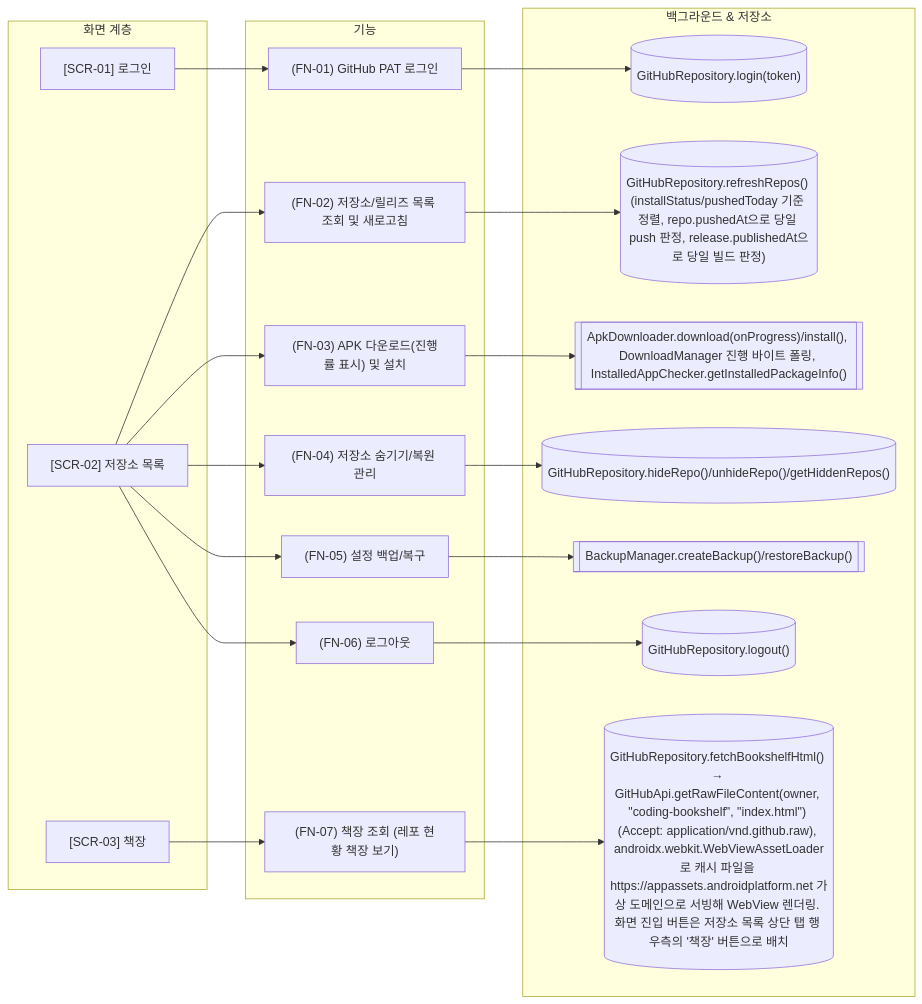
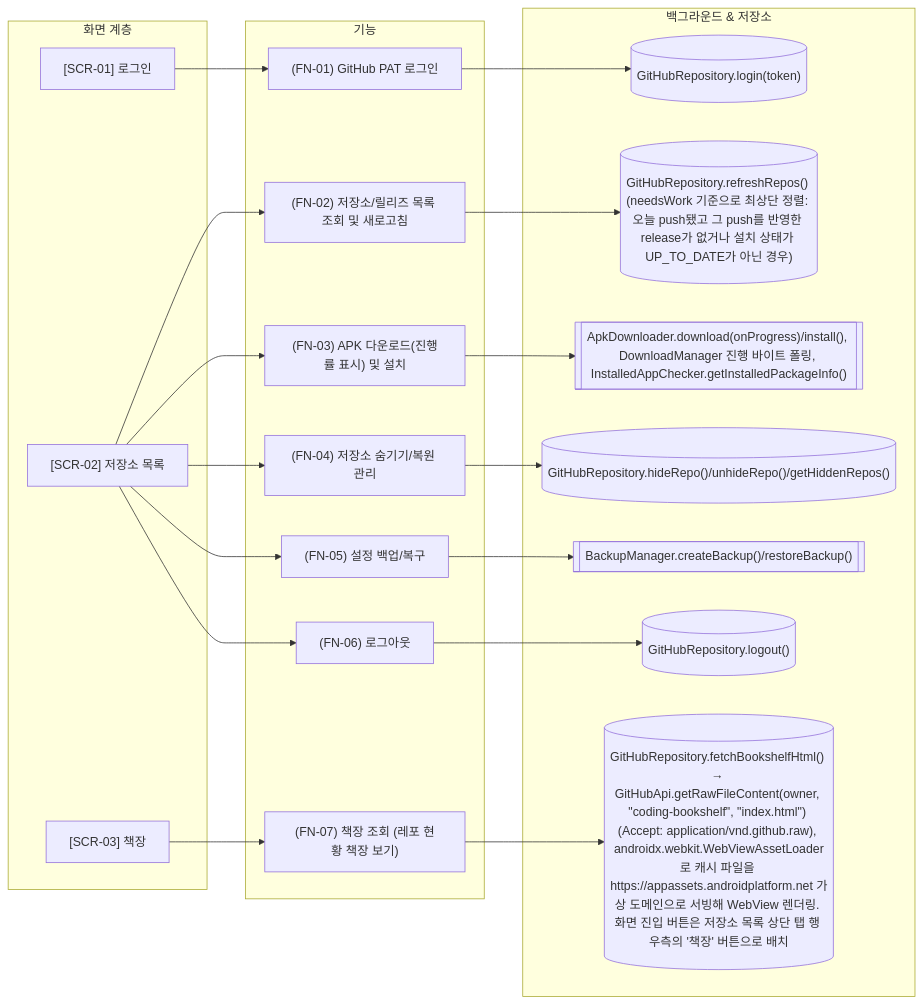
One commit to joahani3/apkchecker changed the diagram in ARCHITECTURE.md. Above: the diagram before and after it, drawn with Mermaid. The commit also changed other lines of this file and 2 other files, not shown here.

Commit message:
Log 3.23 TODAY needsWork rework in project history [skip ci]

````diff
--- a/ARCHITECTURE.md
+++ b/ARCHITECTURE.md
@@ -27,43 +27,43 @@
 ```mermaid
 graph LR
     subgraph Screens ["화면 계층"]
         SCR-01["[SCR-01] 로그인"]
         SCR-02["[SCR-02] 저장소 목록"]
         SCR-03["[SCR-03] 책장"]
     end
 
     subgraph Features ["기능"]
         FN-01["(FN-01) GitHub PAT 로그인"]
         FN-02["(FN-02) 저장소/릴리즈 목록 조회 및 새로고침"]
         FN-03["(FN-03) APK 다운로드(진행률 표시) 및 설치"]
         FN-04["(FN-04) 저장소 숨기기/복원 관리"]
         FN-05["(FN-05) 설정 백업/복구"]
         FN-06["(FN-06) 로그아웃"]
         FN-07["(FN-07) 책장 조회 (레포 현황 책장 보기)"]
     end
 
     subgraph DataService ["백그라운드 &amp; 저장소"]
         FN-01_DATA[("GitHubRepository.login(token)")]
-        FN-02_DATA[("GitHubRepository.refreshRepos() (installStatus/pushedToday 기준 정렬, repo.pushedAt으로 당일 push 판정, release.publishedAt으로 당일 빌드 판정)")]
+        FN-02_DATA[("GitHubRepository.refreshRepos() (needsWork 기준으로 최상단 정렬: 오늘 push됐고 그 push를 반영한 release가 없거나 설치 상태가 UP_TO_DATE가 아닌 경우)")]
         FN-03_DATA[["ApkDownloader.download(onProgress)/install(), DownloadManager 진행 바이트 폴링, InstalledAppChecker.getInstalledPackageInfo()"]]
         FN-04_DATA[("GitHubRepository.hideRepo()/unhideRepo()/getHiddenRepos()")]
         FN-05_DATA[["BackupManager.createBackup()/restoreBackup()"]]
         FN-06_DATA[("GitHubRepository.logout()")]
         FN-07_DATA[("GitHubRepository.fetchBookshelfHtml() → GitHubApi.getRawFileContent(owner, &quot;coding-bookshelf&quot;, &quot;index.html&quot;) (Accept: application/vnd.github.raw), androidx.webkit.WebViewAssetLoader로 캐시 파일을 https://appassets.androidplatform.net 가상 도메인으로 서빙해 WebView 렌더링. 화면 진입 버튼은 저장소 목록 상단 탭 행 우측의 '책장' 버튼으로 배치")]
     end
 
     SCR-01 --> FN-01
     FN-01 --> FN-01_DATA
     SCR-02 --> FN-02
     FN-02 --> FN-02_DATA
     SCR-02 --> FN-03
     FN-03 --> FN-03_DATA
     SCR-02 --> FN-04
     FN-04 --> FN-04_DATA
     SCR-02 --> FN-05
     FN-05 --> FN-05_DATA
     SCR-02 --> FN-06
     FN-06 --> FN-06_DATA
     SCR-03 --> FN-07
     FN-07 --> FN-07_DATA
 ```
````
